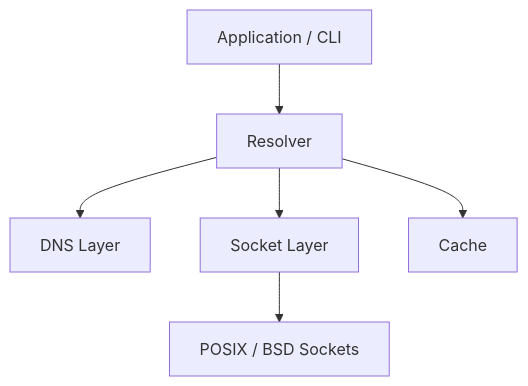
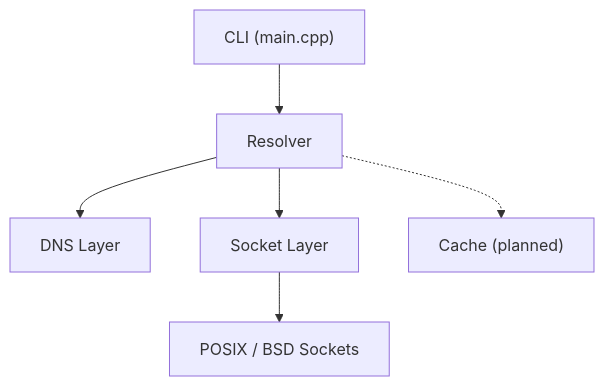
One commit to alecmucz/DnsResolver changed the diagram in README.md. Above: the diagram before and after it, drawn with Mermaid. The commit also changed other lines of this file and 3 other files, not shown here.

````diff
--- a/README.md
+++ b/README.md
@@ -34,15 +46,15 @@
 ```mermaid
 flowchart TD
-    App["Application / CLI"]
+    App["CLI (main.cpp)"]
     Resolver["Resolver"]
     DNS["DNS Layer"]
     Socket["Socket Layer"]
-    Cache["Cache"]
+    Cache["Cache (planned)"]
     OS["POSIX / BSD Sockets"]
 
     App --> Resolver
     Resolver --> DNS
     Resolver --> Socket
-    Resolver --> Cache
+    Resolver -.-> Cache
     Socket --> OS
 ```
````
